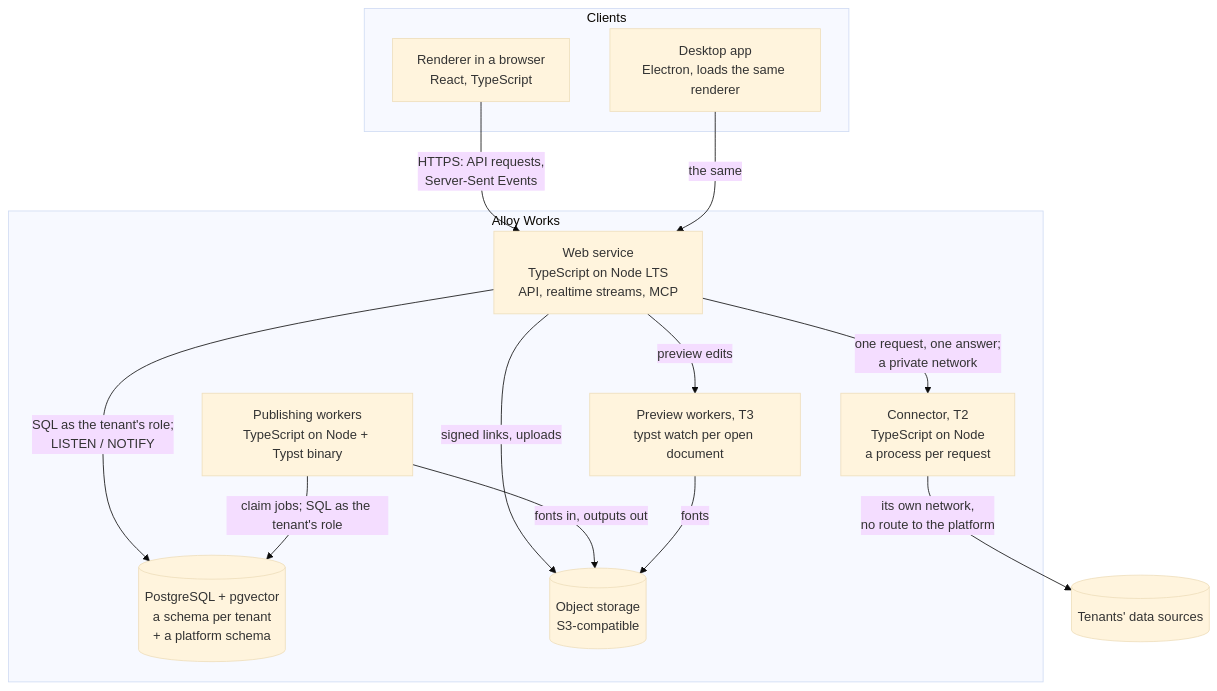
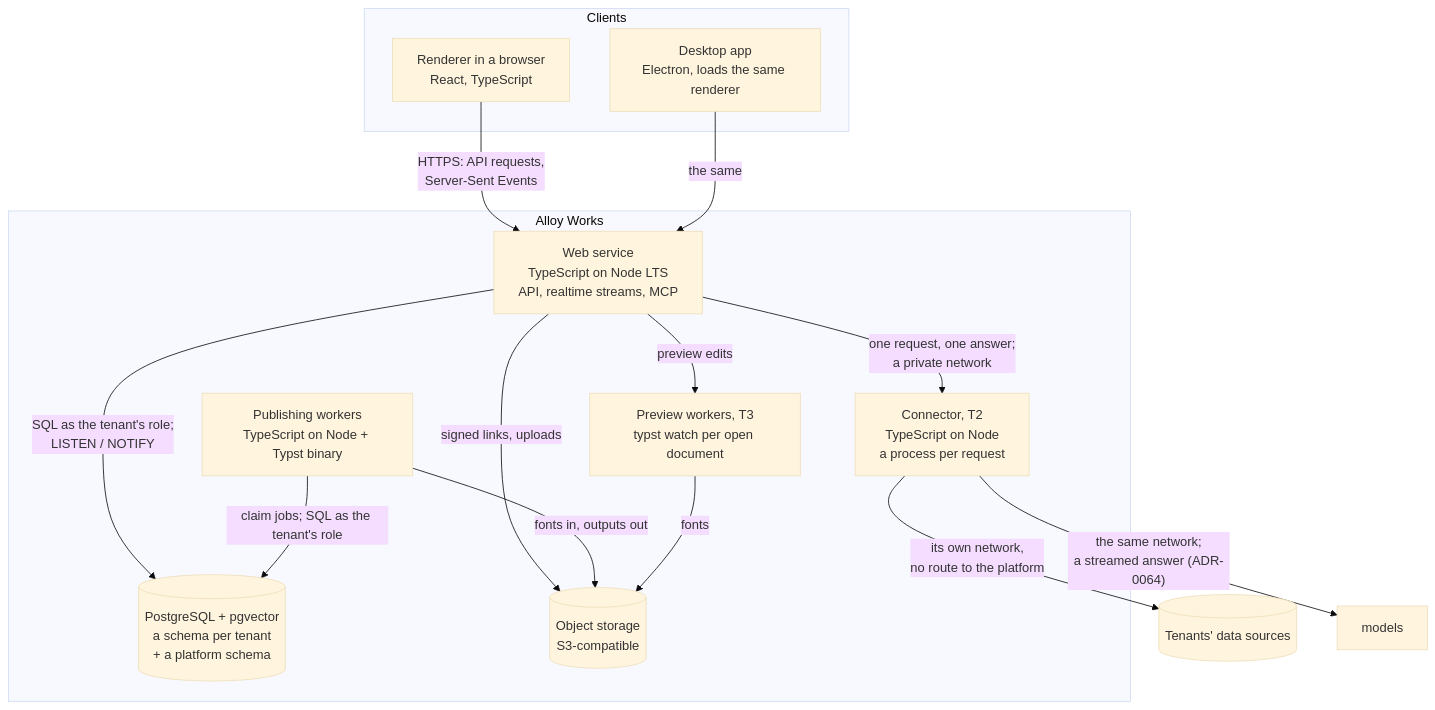
The second of 4 diagrams in docs/design/system.md (kenhayward/alloy-works), drawn with Mermaid (base theme) before and after one commit. The commit also changed other lines of this file and 6 other files, not shown here.

````diff
--- a/docs/design/system.md
+++ b/docs/design/system.md
@@ -59,29 +59,30 @@
 ```mermaid
 flowchart TB
     subgraph clients["Clients"]
         browser["Renderer in a browser<br/>React, TypeScript"]
         desktop["Desktop app<br/>Electron, loads the same renderer"]
     end
 
     subgraph platform["Alloy Works"]
         service["Web service<br/>TypeScript on Node LTS<br/>API, realtime streams, MCP"]
         workers["Publishing workers<br/>TypeScript on Node + Typst binary"]
         preview["Preview workers, T3<br/>typst watch per open document"]
         db[("PostgreSQL + pgvector<br/>a schema per tenant<br/>+ a platform schema")]
         objects[("Object storage<br/>S3-compatible")]
         connector["Connector, T2<br/>TypeScript on Node<br/>a process per request"]
     end
 
     sources[("Tenants' data sources")]
 
     browser -- "HTTPS: API requests,<br/>Server-Sent Events" --> service
     desktop -- "the same" --> service
     service -- "SQL as the tenant's role;<br/>LISTEN / NOTIFY" --> db
     service -- "signed links, uploads" --> objects
     service -- "preview edits" --> preview
     workers -- "claim jobs; SQL as the tenant's role" --> db
     workers -- "fonts in, outputs out" --> objects
     preview -- "fonts" --> objects
     service -- "one request, one answer;<br/>a private network" --> connector
     connector -- "its own network,<br/>no route to the platform" --> sources
+    connector -- "the same network;<br/>a streamed answer (ADR-0064)" --> models
 ```
````
